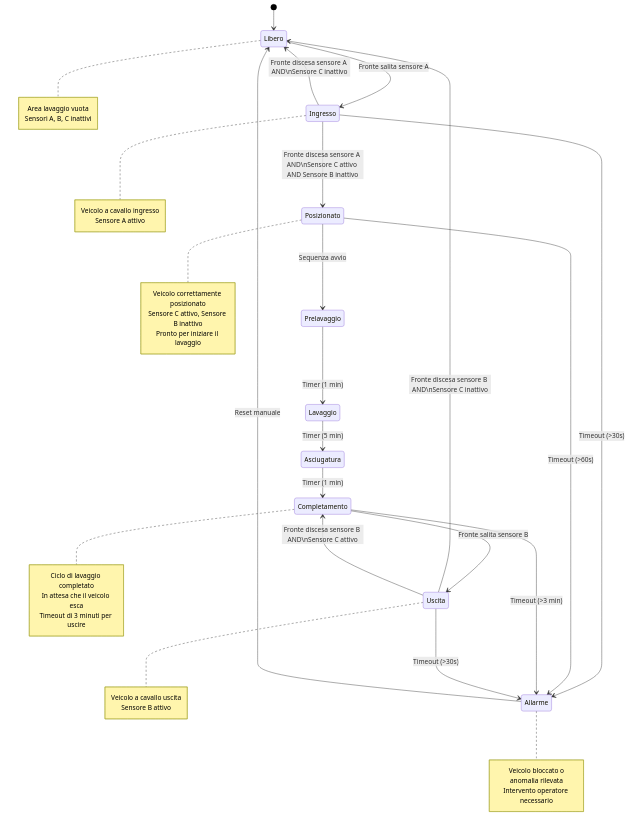
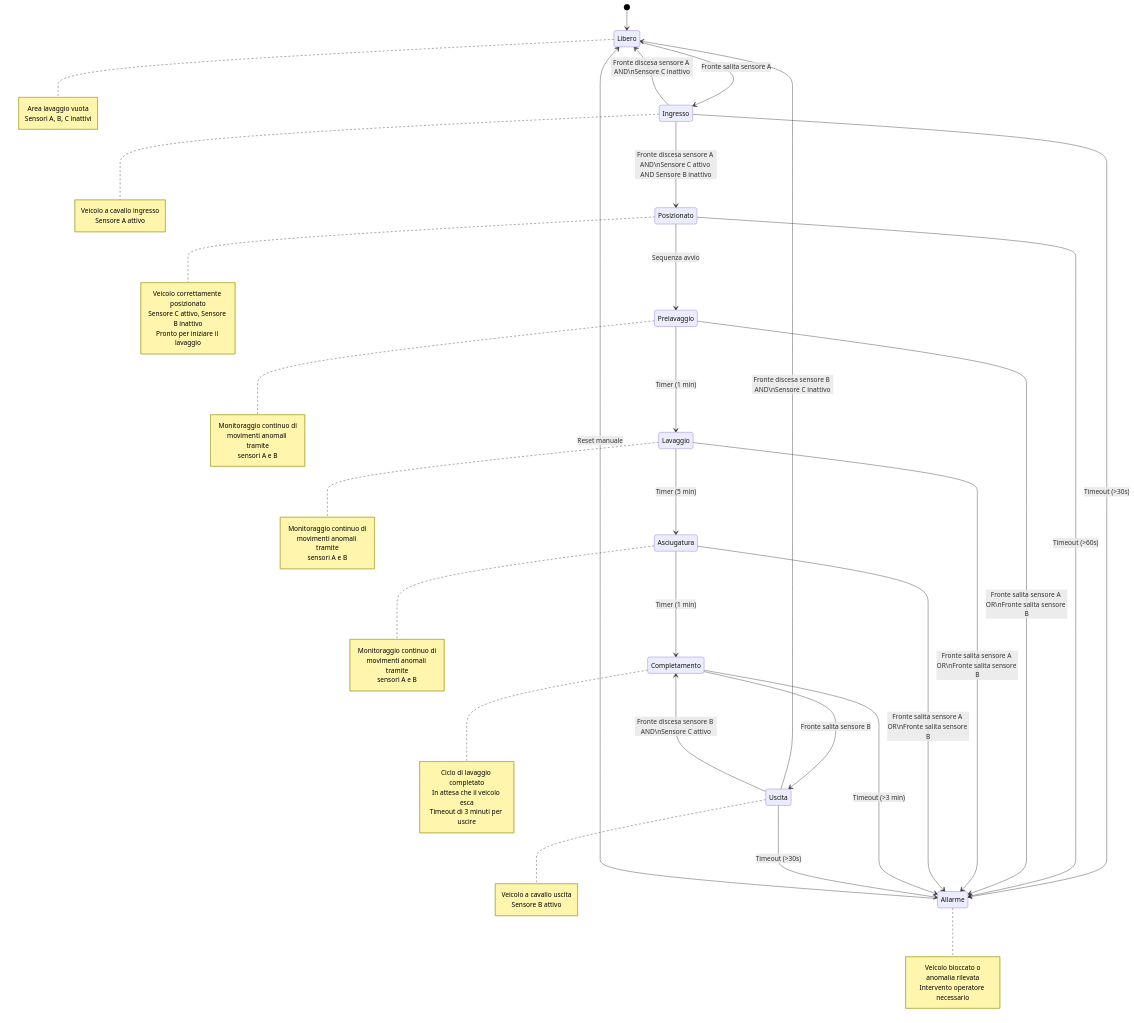
The diagram in autolavaggio.md (sebastianomelita/ArduinoBareMetal), drawn with Mermaid before and after one commit. The commit also changed other lines of this file, not shown here.

````diff
--- a/autolavaggio.md
+++ b/autolavaggio.md
@@ -38,59 +42,82 @@
 ```mermaid
 %%{init: {'theme': 'default', 'themeVariables': { 'primaryColor': '#ffffff', 'primaryTextColor': '#000000', 'primaryBorderColor': '#000000', 'lineColor': '#000000', 'secondaryColor': '#f4f4f4', 'tertiaryColor': '#ffffff' }}}%%
 stateDiagram-v2
     [*] --> Libero
     
     Libero --> Ingresso: Fronte salita sensore A
     Ingresso --> Posizionato: Fronte discesa sensore A AND\nSensore C attivo AND Sensore B inattivo
     Ingresso --> Libero: Fronte discesa sensore A AND\nSensore C inattivo
     Ingresso --> Allarme: Timeout (>30s)
     
     Posizionato --> Prelavaggio: Sequenza avvio
     Posizionato --> Allarme: Timeout (>60s)
     
     Prelavaggio --> Lavaggio: Timer (1 min)
+    Prelavaggio --> Allarme: Fronte salita sensore A OR\nFronte salita sensore B
+    
     Lavaggio --> Asciugatura: Timer (5 min)
+    Lavaggio --> Allarme: Fronte salita sensore A OR\nFronte salita sensore B
+    
     Asciugatura --> Completamento: Timer (1 min)
+    Asciugatura --> Allarme: Fronte salita sensore A OR\nFronte salita sensore B
     
     Completamento --> Uscita: Fronte salita sensore B
     Completamento --> Allarme: Timeout (>3 min)
     
     Uscita --> Libero: Fronte discesa sensore B AND\nSensore C inattivo
     Uscita --> Completamento: Fronte discesa sensore B AND\nSensore C attivo
     Uscita --> Allarme: Timeout (>30s)
     
     Allarme --> Libero: Reset manuale
     
     note right of Libero
         Area lavaggio vuota
         Sensori A, B, C inattivi
     end note
     
     note right of Ingresso
         Veicolo a cavallo ingresso
         Sensore A attivo
     end note
     
     note right of Posizionato
         Veicolo correttamente posizionato
         Sensore C attivo, Sensore B inattivo
         Pronto per iniziare il lavaggio
     end note
     
+    note right of Prelavaggio
+        Monitoraggio continuo di
+        movimenti anomali tramite
+        sensori A e B
+    end note
+    
+    note right of Lavaggio
+        Monitoraggio continuo di
+        movimenti anomali tramite
+        sensori A e B
+    end note
+    
+    note right of Asciugatura
+        Monitoraggio continuo di
+        movimenti anomali tramite
+        sensori A e B
+    end note
+    
     note right of Completamento
         Ciclo di lavaggio completato
         In attesa che il veicolo esca
         Timeout di 3 minuti per uscire
     end note
     
     note right of Uscita
         Veicolo a cavallo uscita
         Sensore B attivo
     end note
     
     note right of Allarme
         Veicolo bloccato o
         anomalia rilevata
         Intervento operatore necessario
     end note
 ```
````
